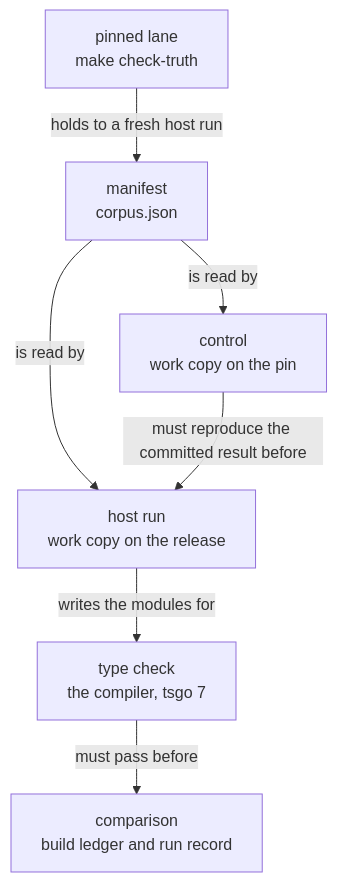
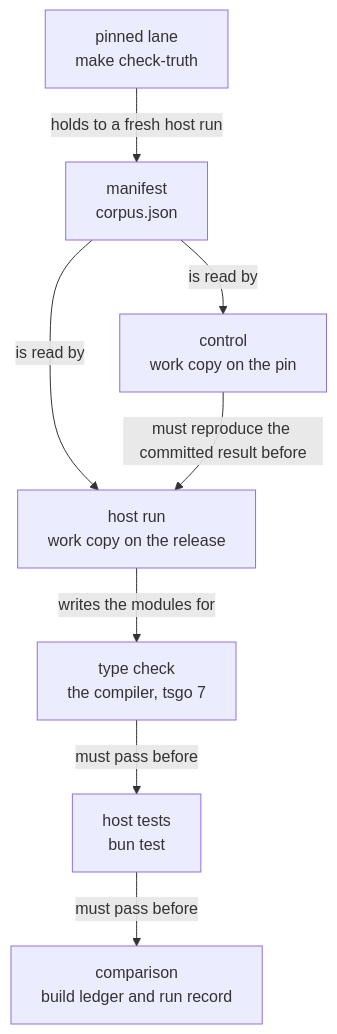
Before and after one commit to pure-algebra/lean4-effect4: the diagram in harness/truth/RELEASE-LANE.md, drawn with Mermaid. The commit also changed other lines of this file and 3 other files, not shown here.

First line of the commit message:
The release lane runs the pinned lane's host tests on both builds

````diff
--- a/harness/truth/RELEASE-LANE.md
+++ b/harness/truth/RELEASE-LANE.md
@@ -32,15 +33,17 @@
 ```mermaid
 flowchart TD
   PIN["pinned lane<br/>make check-truth"]
   MAN["manifest<br/>corpus.json"]
   CON["control<br/>work copy on the pin"]
   REL["host run<br/>work copy on the release"]
   TYP["type check<br/>the compiler, tsgo 7"]
+  TST["host tests<br/>bun test"]
   JUD["comparison<br/>build ledger and run record"]
   PIN -->|holds to a fresh host run| MAN
   MAN -->|is read by| CON
   MAN -->|is read by| REL
   CON -->|must reproduce the committed result before| REL
   REL -->|writes the modules for| TYP
-  TYP -->|must pass before| JUD
+  TYP -->|must pass before| TST
+  TST -->|must pass before| JUD
 ```
````
